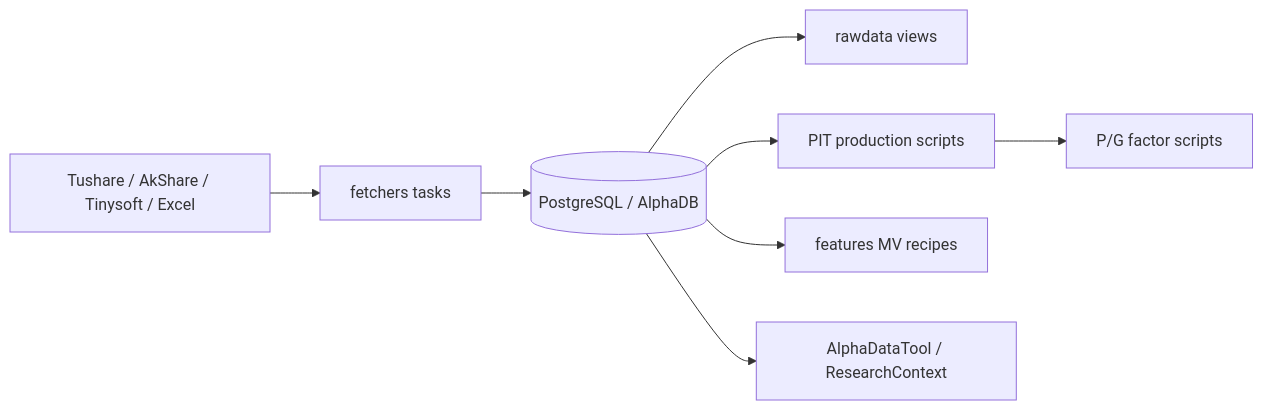
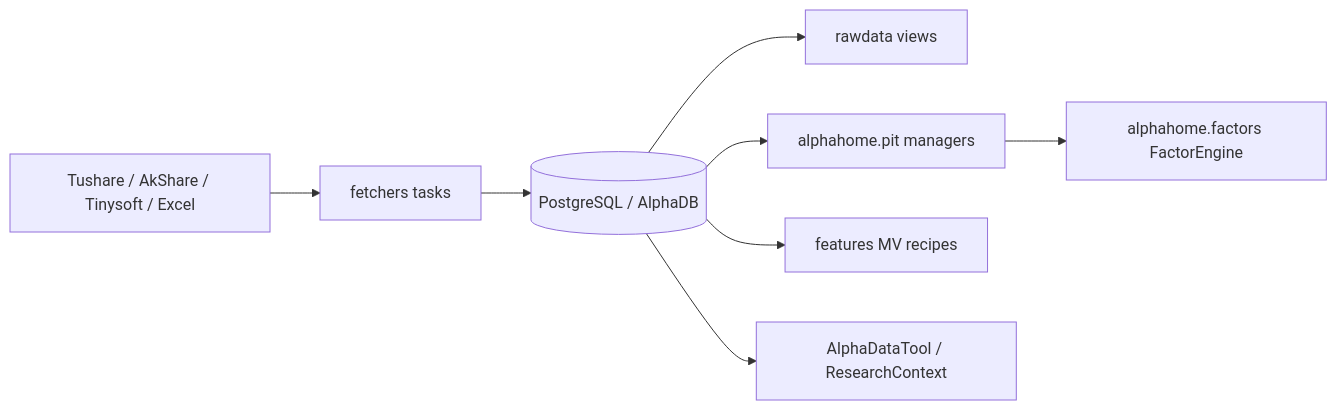
One commit to Fredy518/alphaHome changed the diagram in docs/architecture/system_overview.md. Above: the diagram before and after it, drawn with Mermaid. The commit also changed other lines of this file and 3 other files, not shown here.

Commit message:
docs: finalize factor pit consolidation

````diff
--- a/docs/architecture/system_overview.md
+++ b/docs/architecture/system_overview.md
@@ -38,10 +45,10 @@
 ```mermaid
 flowchart LR
     Sources[Tushare / AkShare / Tinysoft / Excel] --> Fetchers[fetchers tasks]
     Fetchers --> AlphaDB[(PostgreSQL / AlphaDB)]
     AlphaDB --> Rawdata[rawdata views]
-    AlphaDB --> PIT[PIT production scripts]
-    PIT --> FactorPG[P/G factor scripts]
+    AlphaDB --> PIT[alphahome.pit managers]
+    PIT --> FactorPG[alphahome.factors FactorEngine]
     AlphaDB --> Features[features MV recipes]
     AlphaDB --> Providers[AlphaDataTool / ResearchContext]
 ```
````
